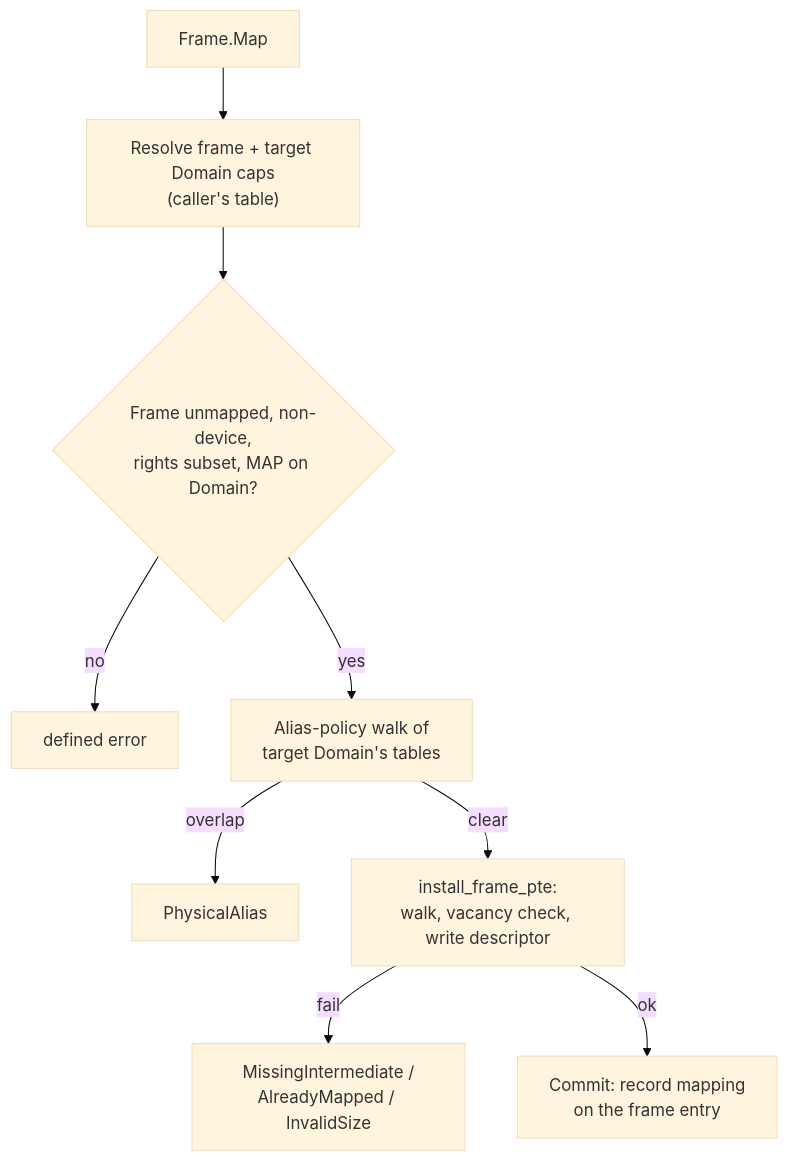
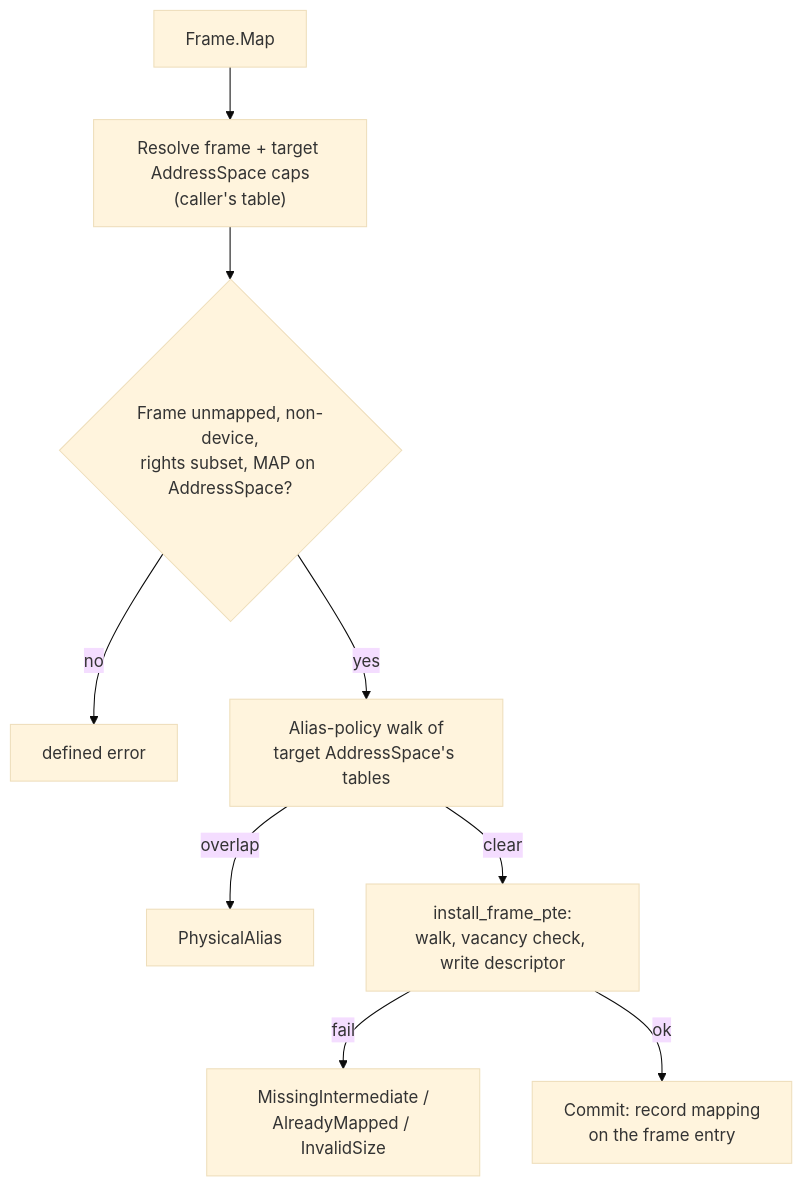
Before and after one commit to metta-systems/vesper: the diagram in doc/object_types/arch/frame.md, drawn with Mermaid (base theme). The commit also changed other lines of this file and 67 other files, not shown here.

Commit message:
Split Domain into Thread and AddressSpace

````diff
--- a/doc/object_types/arch/frame.md
+++ b/doc/object_types/arch/frame.md
@@ -62,11 +62,11 @@
 ```mermaid
 flowchart TD
-    A["Frame.Map"] --> B["Resolve frame + target Domain caps<br/>(caller's table)"]
-    B --> C{"Frame unmapped, non-device,<br/>rights subset, MAP on Domain?"}
+    A["Frame.Map"] --> B["Resolve frame + target AddressSpace caps<br/>(caller's table)"]
+    B --> C{"Frame unmapped, non-device,<br/>rights subset, MAP on AddressSpace?"}
     C -- "no" --> E["defined error"]
-    C -- "yes" --> D["Alias-policy walk of<br/>target Domain's tables"]
+    C -- "yes" --> D["Alias-policy walk of<br/>target AddressSpace's tables"]
     D -- "overlap" --> E2["PhysicalAlias"]
     D -- "clear" --> F["install_frame_pte:<br/>walk, vacancy check, write descriptor"]
     F -- "fail" --> E3["MissingIntermediate /<br/>AlreadyMapped / InvalidSize"]
     F -- "ok" --> G["Commit: record mapping<br/>on the frame entry"]
 ```
````
